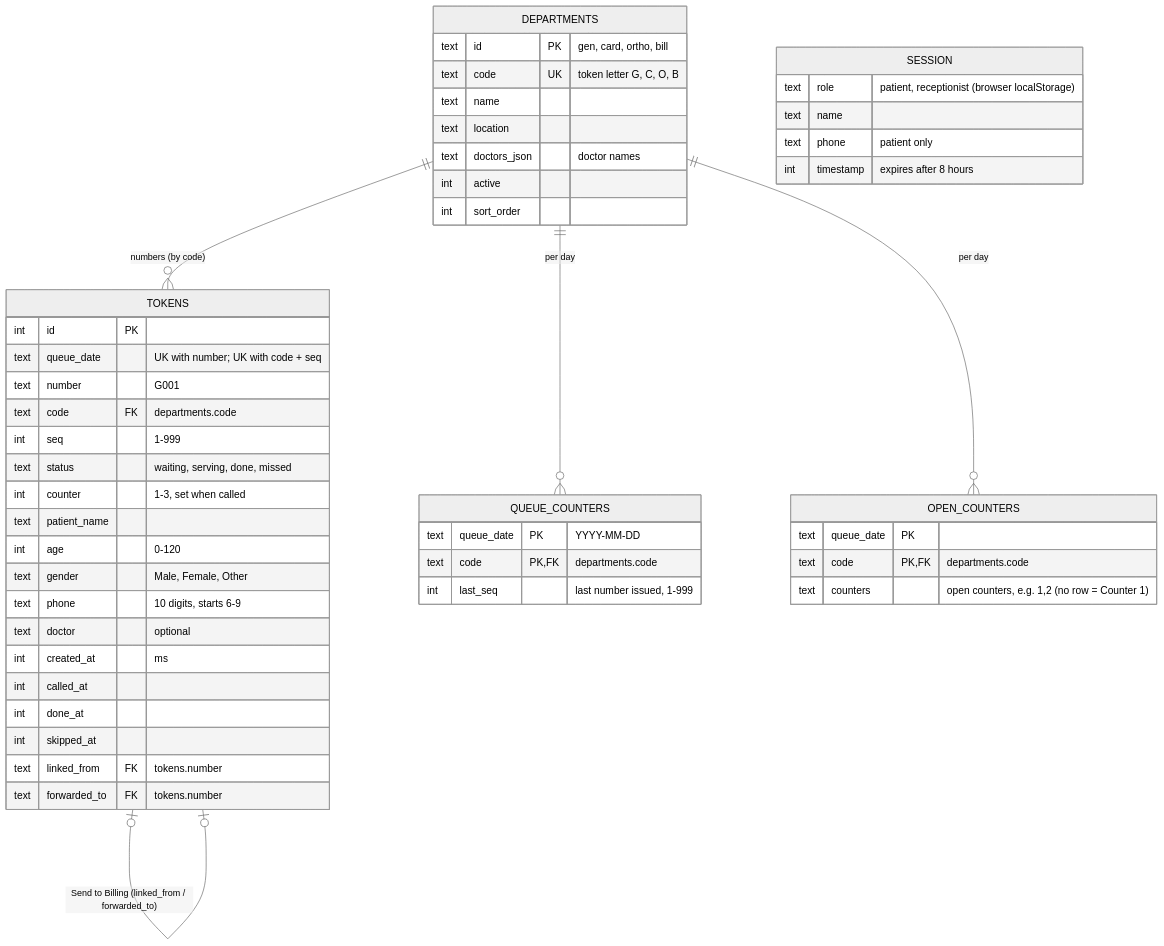
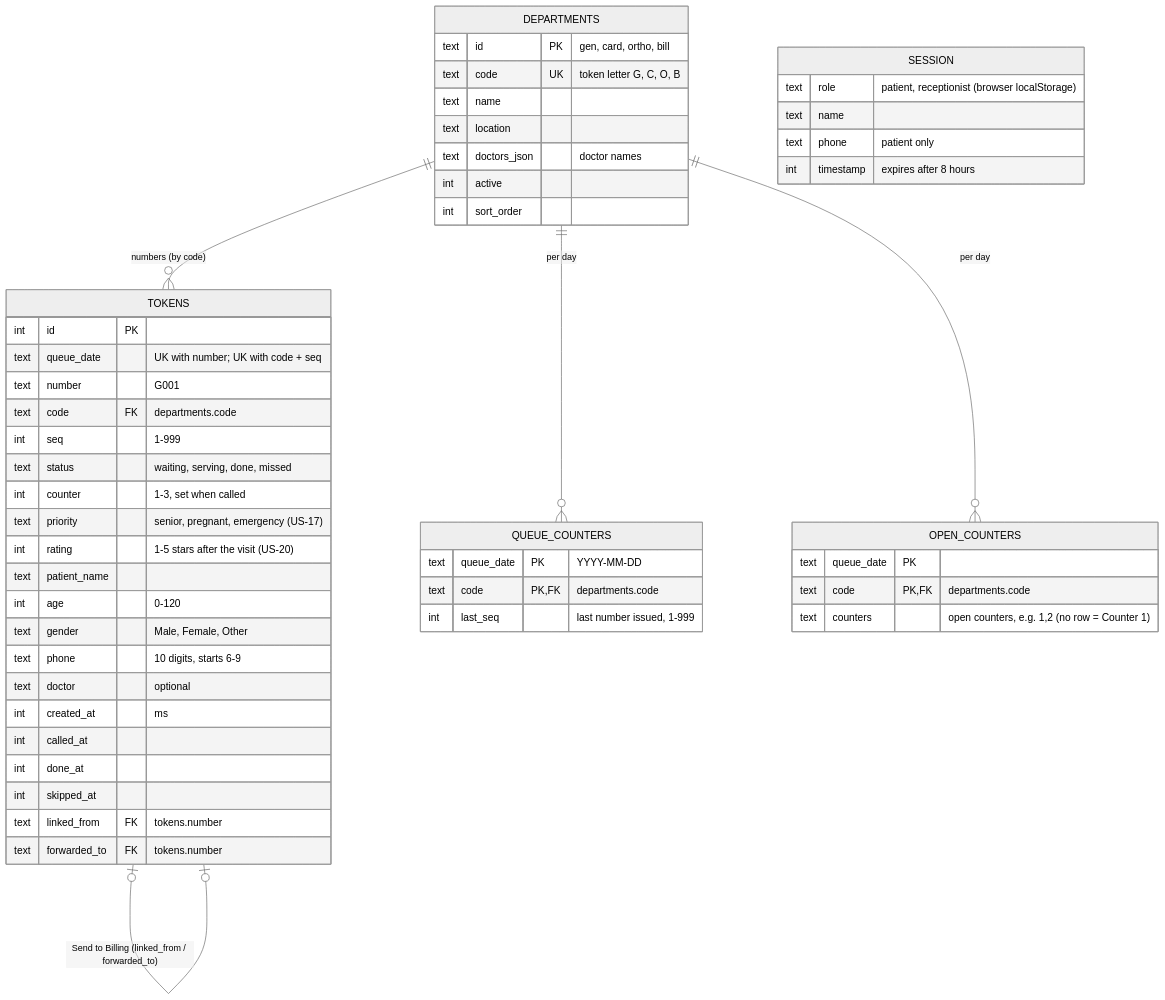
Before and after one commit to AshikAR-sys/CareQueue: the second of 2 diagrams in docs/architecture/README.md, drawn with Mermaid (neutral theme). The commit also changed other lines of this file and 25 other files, not shown here.

````diff
--- a/docs/architecture/README.md
+++ b/docs/architecture/README.md
@@ -95,53 +98,55 @@
 ```mermaid
 erDiagram
   DEPARTMENTS ||--o{ TOKENS : "numbers (by code)"
   DEPARTMENTS ||--o{ QUEUE_COUNTERS : "per day"
   DEPARTMENTS ||--o{ OPEN_COUNTERS : "per day"
   TOKENS |o--o| TOKENS : "Send to Billing (linked_from / forwarded_to)"
 
   DEPARTMENTS {
     text id PK "gen, card, ortho, bill"
     text code UK "token letter G, C, O, B"
     text name
     text location
     text doctors_json "doctor names"
     int active
     int sort_order
   }
   QUEUE_COUNTERS {
     text queue_date PK "YYYY-MM-DD"
     text code PK,FK "departments.code"
     int last_seq "last number issued, 1-999"
   }
   OPEN_COUNTERS {
     text queue_date PK
     text code PK,FK "departments.code"
     text counters "open counters, e.g. 1,2 (no row = Counter 1)"
   }
   TOKENS {
     int id PK
     text queue_date "UK with number; UK with code + seq"
     text number "G001"
     text code FK "departments.code"
     int seq "1-999"
     text status "waiting, serving, done, missed"
     int counter "1-3, set when called"
+    text priority "senior, pregnant, emergency (US-17)"
+    int rating "1-5 stars after the visit (US-20)"
     text patient_name
     int age "0-120"
     text gender "Male, Female, Other"
     text phone "10 digits, starts 6-9"
     text doctor "optional"
     int created_at "ms"
     int called_at
     int done_at
     int skipped_at
     text linked_from FK "tokens.number"
     text forwarded_to FK "tokens.number"
   }
   SESSION {
     text role "patient, receptionist (browser localStorage)"
     text name
     text phone "patient only"
     int timestamp "expires after 8 hours"
   }
 ```
````
